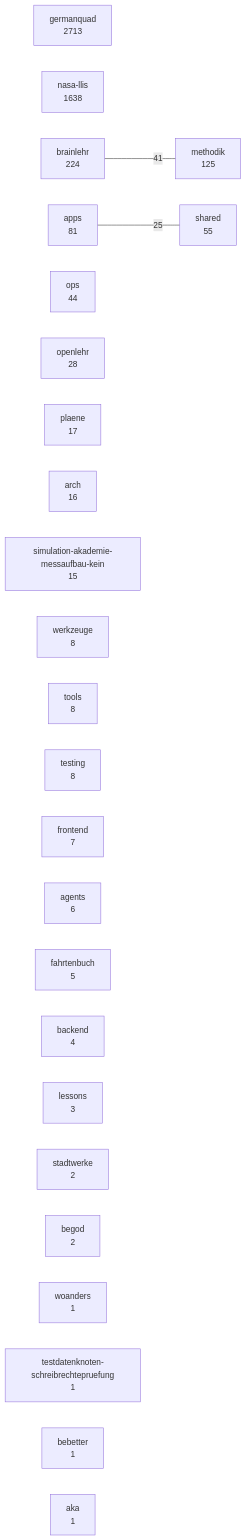
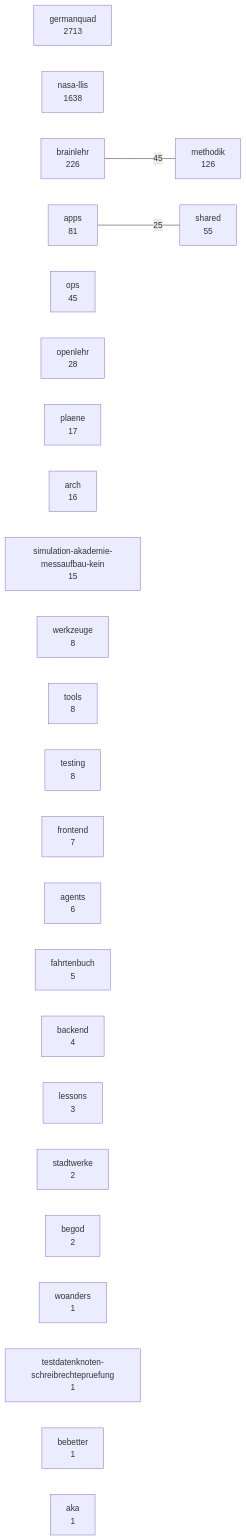
The diagram in docs/karten/bestand.md (3lehr/brainlehr), drawn with Mermaid before and after one commit. The commit also changed 1 other file, not shown here.

Commit message:
chore(karten): Bestandskarte nachgezogen -- drei Aeste um je einen Knoten gewachsen
Erzeugt, nicht von Hand geschrieben (python3 melder/landkarten.py). Ausgeloest
vom Verweisknoten 7e4e1a6f zu docs/PLAN_EINBETTUNGSVARIANTEN_2026-08-16.md, den
der Dokumentzugangs-Melder beim Push verlangt hat.

Beleg: kartenstand.py war vorher rot ("VERALTET -- die Landkarten geben den
Quelltext nicht mehr wieder: bestand.md, bestand.json") und meldet nach dem
Auffrischen "Landkarten sind aktuell". Rot vor gruen, beide Laeufe gemessen.

````diff
--- a/docs/karten/bestand.md
+++ b/docs/karten/bestand.md
@@ -5,30 +5,30 @@
 ```mermaid
 graph LR
   germanquad["germanquad<br/>2713"]
   nasa_llis["nasa-llis<br/>1638"]
-  brainlehr["brainlehr<br/>224"]
-  methodik["methodik<br/>125"]
+  brainlehr["brainlehr<br/>226"]
+  methodik["methodik<br/>126"]
   apps["apps<br/>81"]
   shared["shared<br/>55"]
-  ops["ops<br/>44"]
+  ops["ops<br/>45"]
   openlehr["openlehr<br/>28"]
   plaene["plaene<br/>17"]
   arch["arch<br/>16"]
   simulation_akademie_messaufbau_kein["simulation-akademie-messaufbau-kein<br/>15"]
   werkzeuge["werkzeuge<br/>8"]
   tools["tools<br/>8"]
   testing["testing<br/>8"]
   frontend["frontend<br/>7"]
   agents["agents<br/>6"]
   fahrtenbuch["fahrtenbuch<br/>5"]
   backend["backend<br/>4"]
   lessons["lessons<br/>3"]
   stadtwerke["stadtwerke<br/>2"]
   begod["begod<br/>2"]
   woanders["woanders<br/>1"]
   testdatenknoten_schreibrechtepruefung["testdatenknoten-schreibrechtepruefung<br/>1"]
   bebetter["bebetter<br/>1"]
   aka["aka<br/>1"]
-  brainlehr ---|41| methodik
+  brainlehr ---|45| methodik
   apps ---|25| shared
 ```
````
